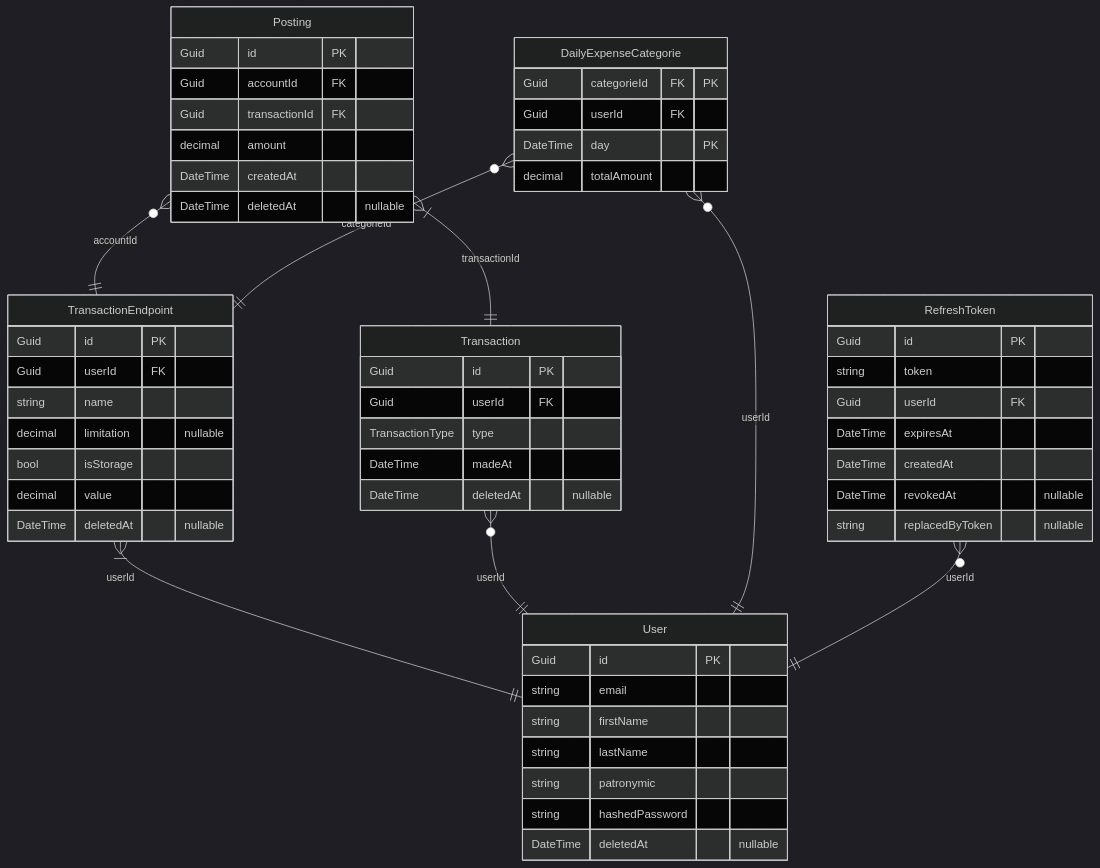
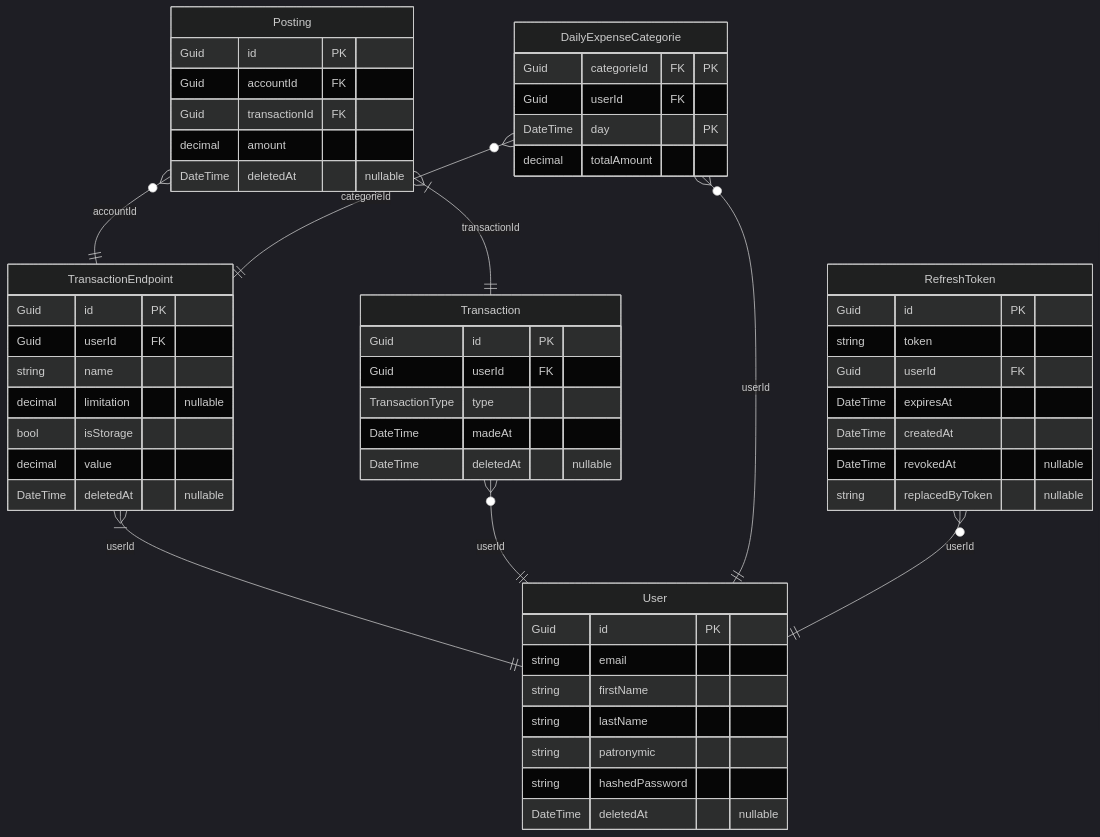
The diagram in README.md (Pipotka/SmartWallet), drawn with Mermaid (dark theme) before and after one commit. The commit also changed other lines of this file and 19 other files, not shown here.

````diff
--- a/README.md
+++ b/README.md
@@ -125,63 +125,62 @@
 ```mermaid
 erDiagram
     TransactionEndpoint }|--|| User : userId
     TransactionEndpoint {
         Guid id PK
         Guid userId FK
         string name
         decimal limitation "nullable"
         bool isStorage
         decimal value
         DateTime deletedAt "nullable"
     }
 
     Transaction }o--|| User : userId
     Transaction {
         Guid id PK
         Guid userId FK
         TransactionType type
         DateTime madeAt
         DateTime deletedAt "nullable"
     }
 
     Posting }o--|| TransactionEndpoint : accountId
     Posting }|--|| Transaction : transactionId
     Posting {
         Guid id PK
         Guid accountId FK
         Guid transactionId FK
         decimal amount
-        DateTime createdAt
         DateTime deletedAt "nullable"
     }
 
     DailyExpenseCategorie }o--|| TransactionEndpoint : categorieId
     DailyExpenseCategorie }o--|| User : userId
     DailyExpenseCategorie {
         Guid categorieId FK "PK"
         Guid userId FK
         DateTime day "PK"
         decimal totalAmount
     }
 
     User {
         Guid id PK
         string email
         string firstName
         string lastName
         string patronymic
         string hashedPassword
         DateTime deletedAt "nullable"
     }
 
     RefreshToken }o--|| User : userId
     RefreshToken {
         Guid id PK
         string token
         Guid userId FK
         DateTime expiresAt
         DateTime createdAt
         DateTime revokedAt "nullable"
         string replacedByToken "nullable"
     }
 ```
````
